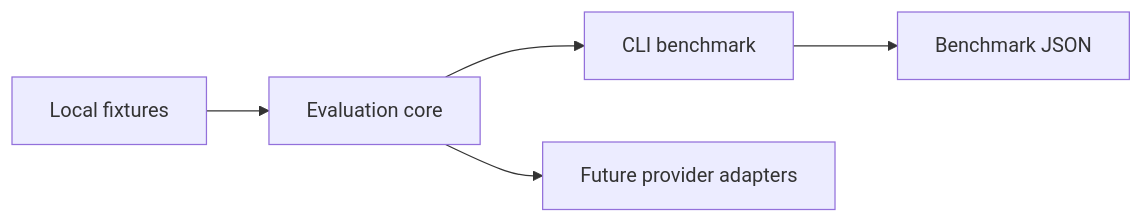
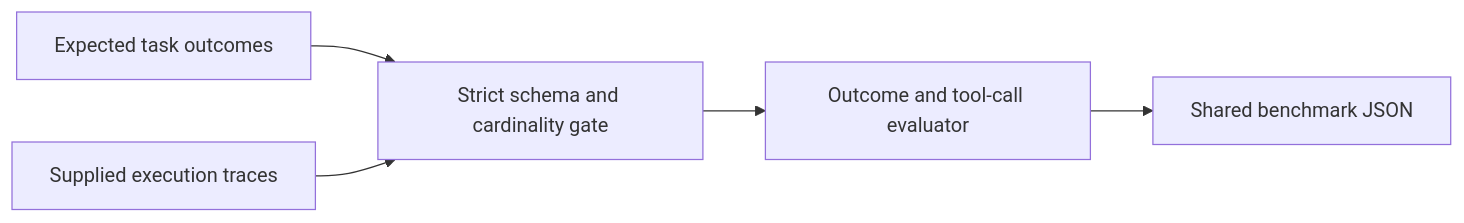
The diagram in README.md (Brilhante29/llm-agent-eval), drawn with Mermaid before and after one commit. The commit also changed other lines of this file and 43 other files, not shown here.

````diff
--- a/README.md
+++ b/README.md
@@ -13,7 +26,7 @@
 ```mermaid
 flowchart LR
-  Fixtures["Local fixtures"] --> Core["Evaluation core"]
-  Core --> CLI["CLI benchmark"]
-  CLI --> Result["Benchmark JSON"]
-  Core --> Future["Future provider adapters"]
+  Specs["Expected task outcomes"] --> Gate["Strict schema and cardinality gate"]
+  Traces["Supplied execution traces"] --> Gate
+  Gate --> Eval["Outcome and tool-call evaluator"]
+  Eval --> Result["Shared benchmark JSON"]
 ```
````
